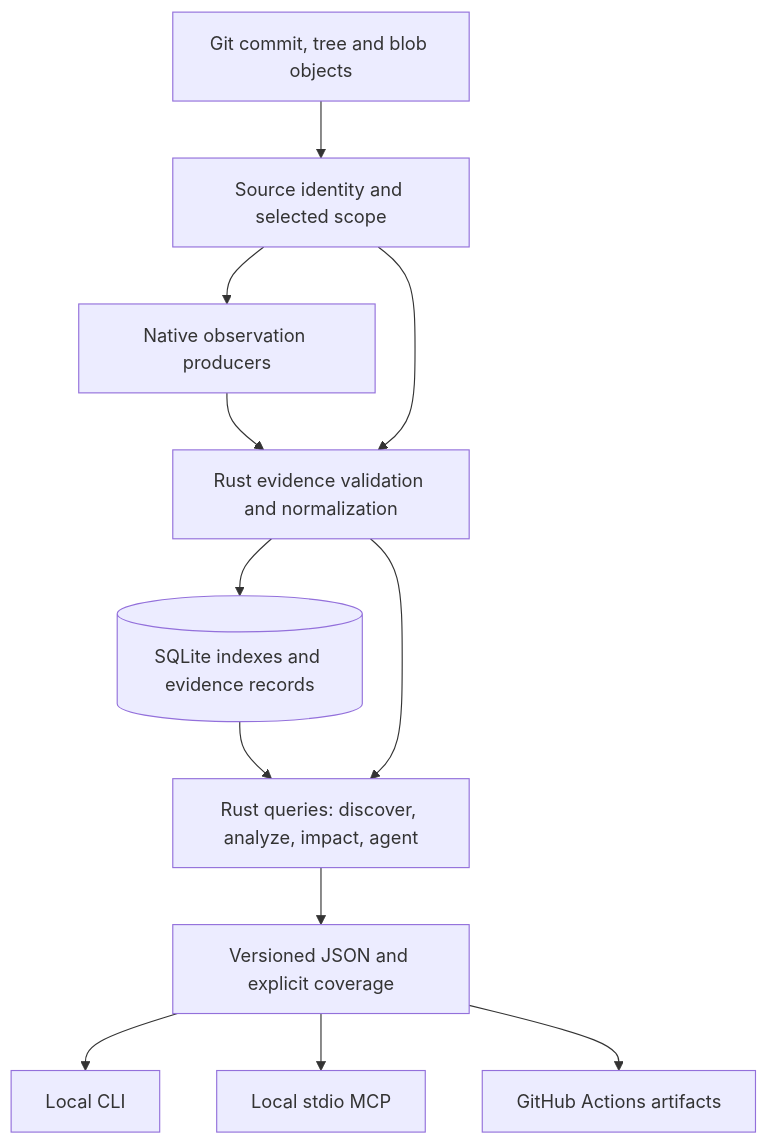
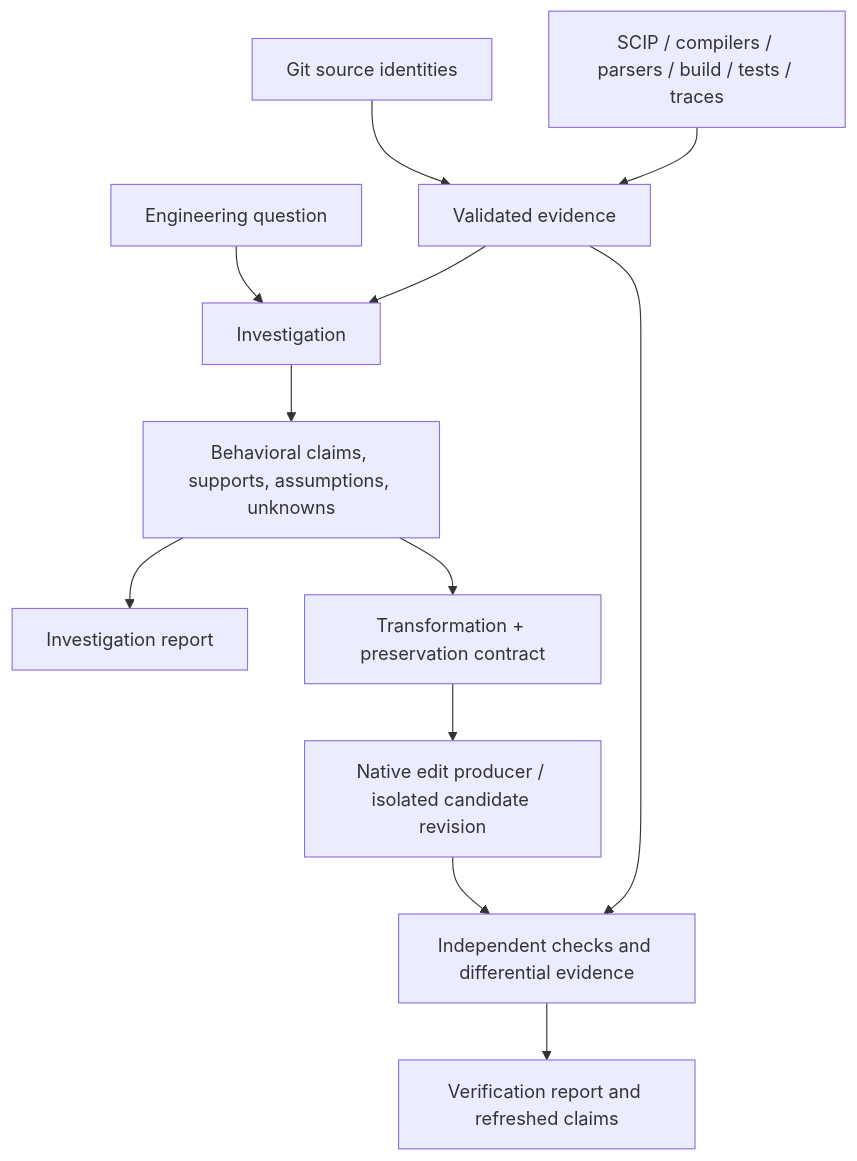
Before and after one commit to laurajoyhutchins/excession: the diagram in docs/ARCHITECTURE.md, drawn with Mermaid. The commit also changed other lines of this file and 31 other files, not shown here.

````diff
--- a/docs/ARCHITECTURE.md
+++ b/docs/ARCHITECTURE.md
@@ -13,14 +16,14 @@
 ```mermaid
 flowchart TD
-    G["Git commit, tree and blob objects"] --> I["Source identity and selected scope"]
-    I --> P["Native observation producers"]
-    P --> E["Rust evidence validation and normalization"]
-    I --> E
-    E --> D[("SQLite indexes and evidence records")]
-    D --> Q["Rust queries: discover, analyze, impact, agent"]
-    E --> Q
-    Q --> R["Versioned JSON and explicit coverage"]
-    R --> CLI["Local CLI"]
-    R --> MCP["Local stdio MCP"]
-    R --> GH["GitHub Actions artifacts"]
+    Q["Engineering question"] --> X["Investigation"]
+    G["Git source identities"] --> E["Validated evidence"]
+    P["SCIP / compilers / parsers / build / tests / traces"] --> E
+    E --> X
+    X --> C["Behavioral claims, supports, assumptions, unknowns"]
+    C --> R["Investigation report"]
+    C --> T["Transformation + preservation contract"]
+    T --> N["Native edit producer / isolated candidate revision"]
+    N --> V["Independent checks and differential evidence"]
+    E --> V
+    V --> Z["Verification report and refreshed claims"]
 ```
````
